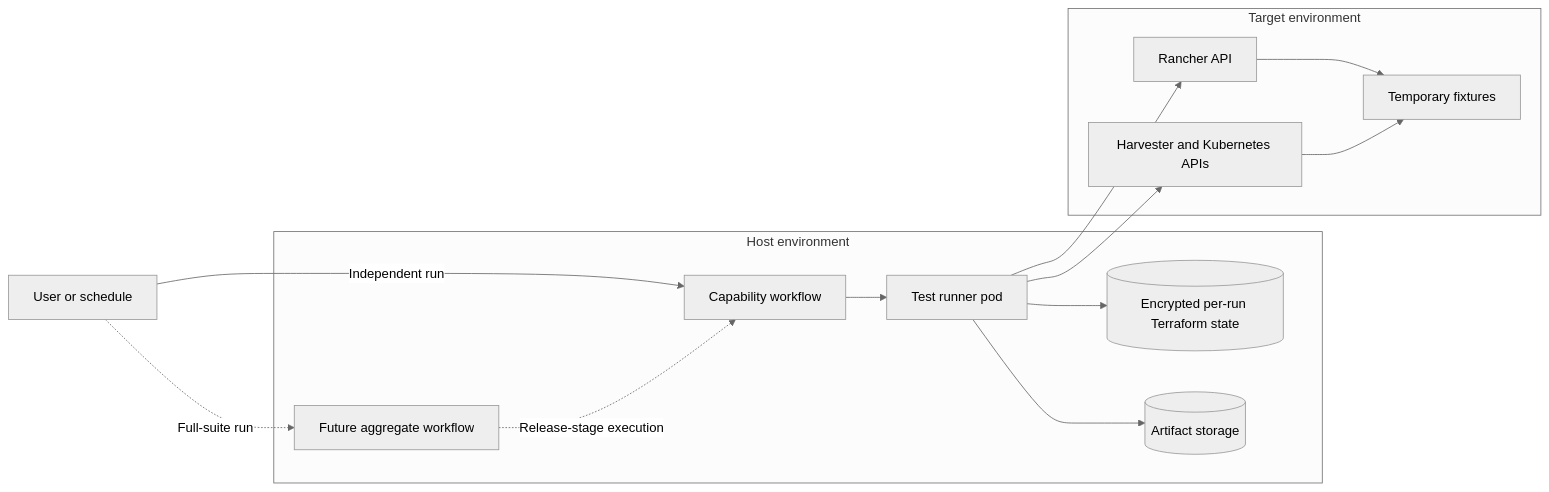
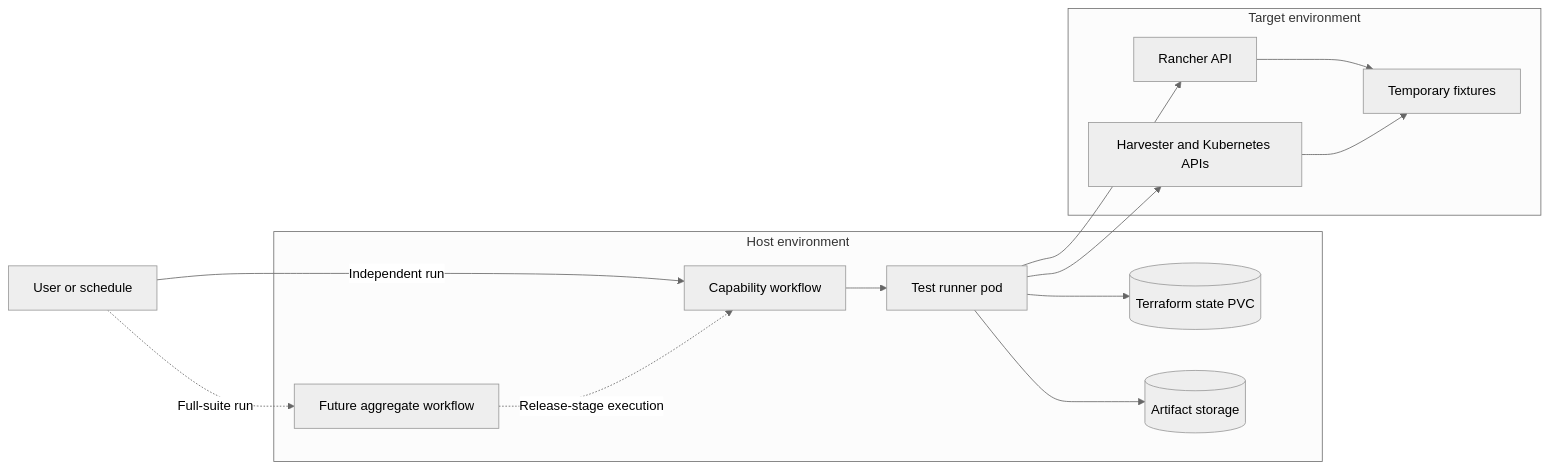
Before and after one commit to Yohansenanayake/open-cloud-datacenter: the diagram in docs/architecture.md, drawn with Mermaid (neutral theme). The commit also changed other lines of this file and 26 other files, not shown here.

````diff
--- a/docs/architecture.md
+++ b/docs/architecture.md
@@ -22,28 +22,28 @@
 ```mermaid
 flowchart LR
     Trigger[User or schedule] -->|Independent run| Workflow
 
     subgraph Host["Host environment"]
         Aggregate[Future aggregate workflow]
         Workflow[Capability workflow]
         Runner[Test runner pod]
-        State[(Encrypted per-run Terraform state)]
+        State[(Terraform state PVC)]
         Store[(Artifact storage)]
         Aggregate -.->|Release-stage execution| Workflow
         Workflow --> Runner
         Runner --> State
         Runner --> Store
     end
 
     subgraph Target["Target environment"]
         Rancher[Rancher API]
         Harvester[Harvester and Kubernetes APIs]
         Fixtures[Temporary fixtures]
         Rancher --> Fixtures
         Harvester --> Fixtures
     end
 
     Runner --> Rancher
     Runner --> Harvester
     Trigger -.->|Full-suite run| Aggregate
 ```
````
